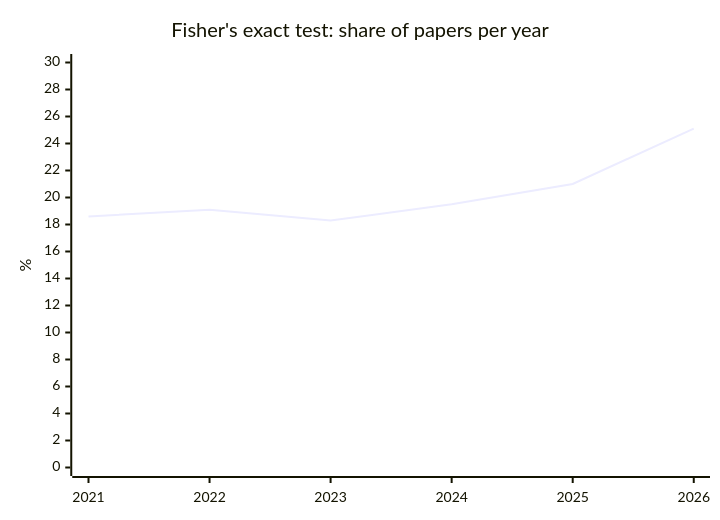
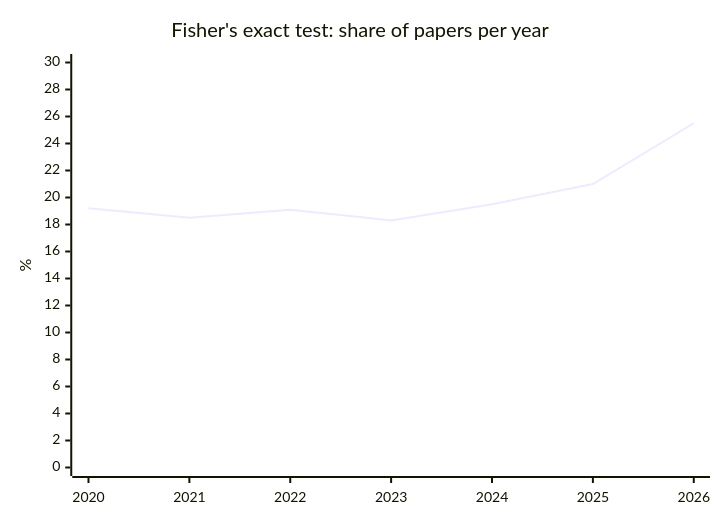
One commit to nfdi4health/datashield-function-ideas changed the fifth of 5 diagrams in literature-watch/reports/overview.md. Above: the diagram before and after it, drawn with Mermaid. The commit also changed other lines of this file and 1 other file, not shown here.

````diff
--- a/literature-watch/reports/overview.md
+++ b/literature-watch/reports/overview.md
@@ -84,7 +84,7 @@
 ```mermaid
 xychart-beta
   title "Fisher's exact test: share of papers per year"
-  x-axis [2021, 2022, 2023, 2024, 2025, 2026]
+  x-axis [2020, 2021, 2022, 2023, 2024, 2025, 2026]
   y-axis "%" 0 --> 30
-  line [18.6, 19.1, 18.3, 19.5, 21.0, 25.1]
+  line [19.2, 18.5, 19.1, 18.3, 19.5, 21.0, 25.5]
 ```
````
